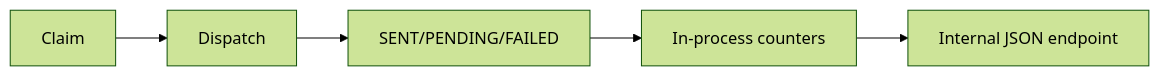
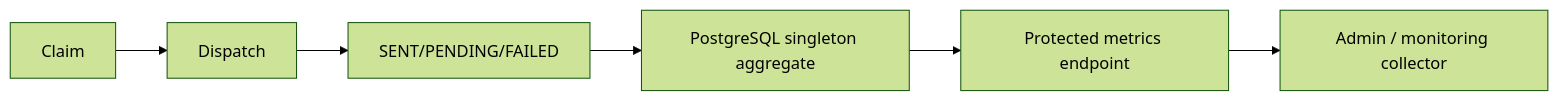
Before and after one commit to nurgeldiserikbay/QaryzLinkDocs: the diagram in docs/06-operations/NOTIFICATION_METRICS.md, drawn with Mermaid (forest theme). The commit also changed other lines of this file, not shown here.

Commit message:
docs: update notification metrics persistence runbook

```diff
--- a/docs/06-operations/NOTIFICATION_METRICS.md
+++ b/docs/06-operations/NOTIFICATION_METRICS.md
@@ -41,7 +42,8 @@
 ~~~mermaid
 flowchart LR
     C["Claim"] --> D["Dispatch"]
     D --> S["SENT/PENDING/FAILED"]
-    S --> M["In-process counters"]
-    M --> E["Internal JSON endpoint"]
+    S --> P["PostgreSQL singleton aggregate"]
+    P --> E["Protected metrics endpoint"]
+    E --> A["Admin / monitoring collector"]
 ~~~
```
